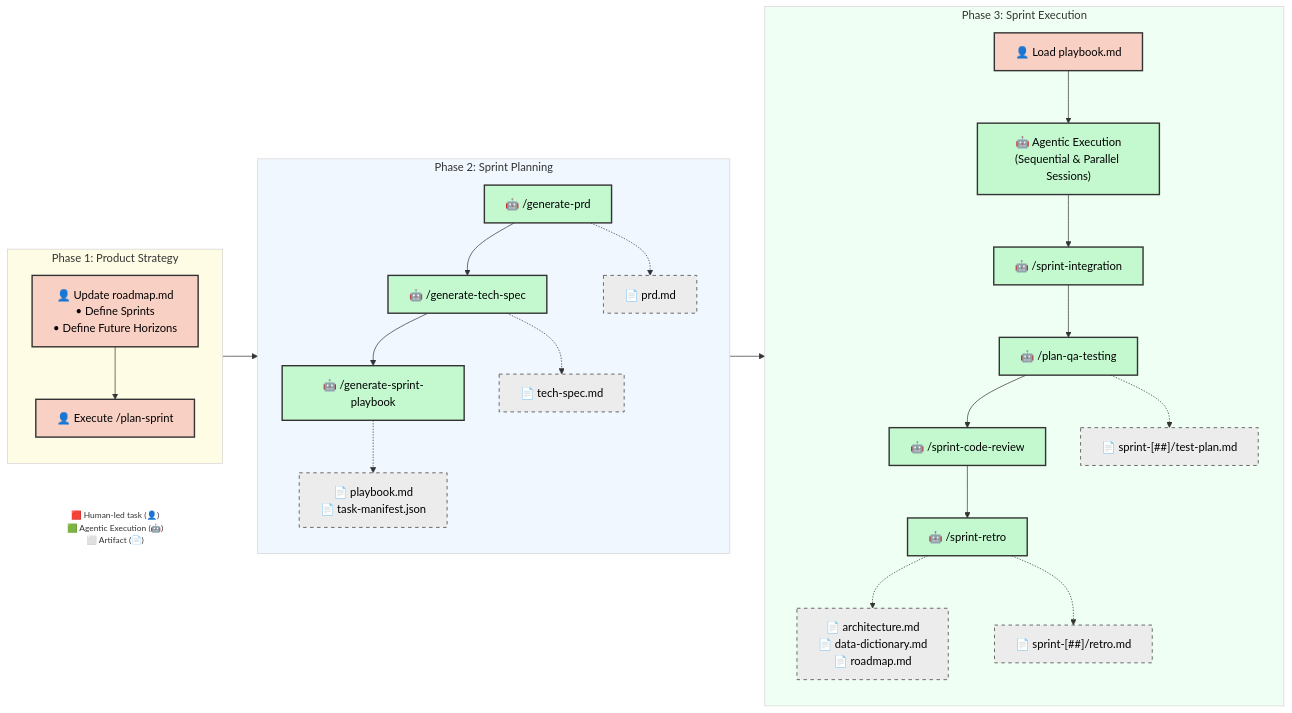
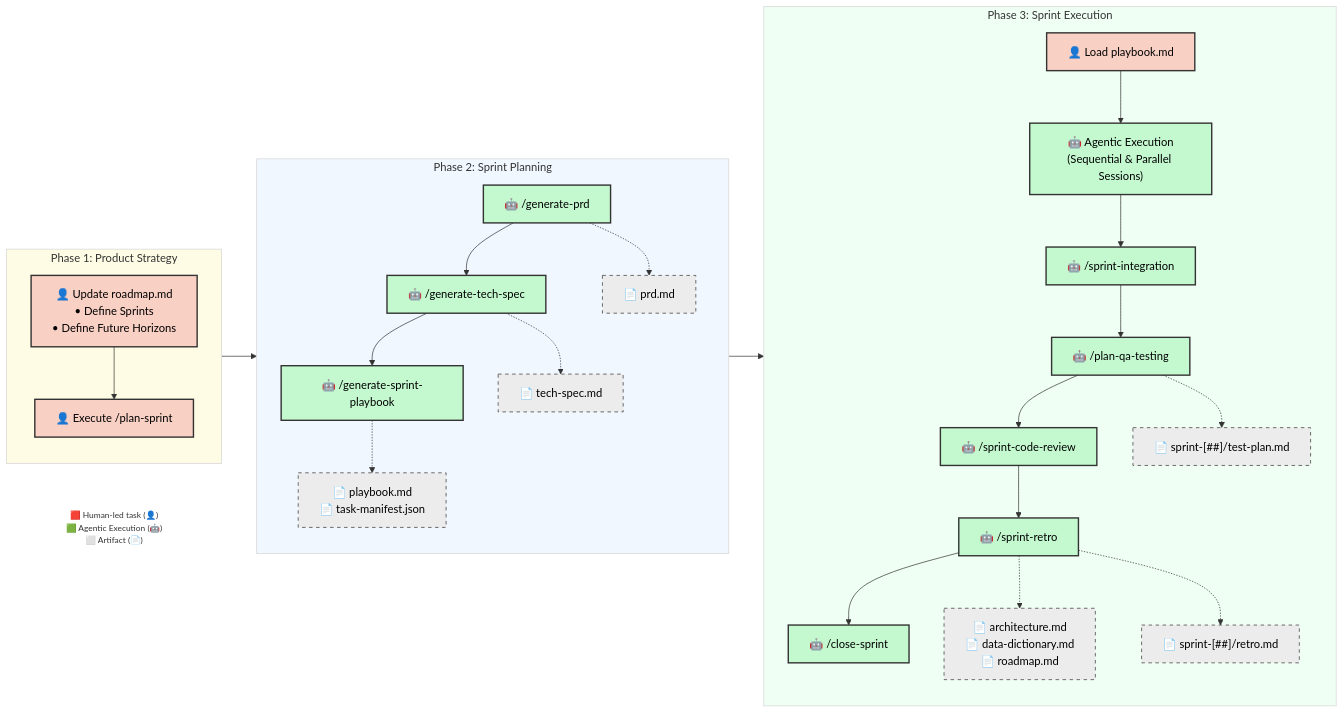
Before and after one commit to dsj1984/agent-protocols: the diagram in .agents/SDLC.md, drawn with Mermaid. The commit also changed other lines of this file and 6 other files, not shown here.

Commit message:
feat(sprint): add close-sprint workflow for main merge and branch cleanup

````diff
--- a/.agents/SDLC.md
+++ b/.agents/SDLC.md
@@ -22,61 +22,63 @@
 ```mermaid
     graph LR
     classDef manual fill:#f9d0c4,stroke:#333,stroke-width:2px,color:#000;
     classDef agentic fill:#c4f9d0,stroke:#333,stroke-width:2px,color:#000;
     classDef artifact fill:#ececec,stroke:#333,stroke-width:1px,stroke-dasharray: 5 5,color:#000;
     classDef LegendNode fill:transparent,stroke:transparent,font-size:12px;
 
     %% Legend
     Legend["🟥 Human-led task (👤)<br/>🟩 Agentic Execution (🤖)<br/>⬜ Artifact (📄)"]:::LegendNode
 
     %% Phase 1: Product Strategy
     subgraph Phase1 ["Phase 1: Product Strategy"]
         direction TB
         B["👤 Update roadmap.md<br/>• Define Sprints<br/>• Define Future Horizons"]:::manual
         D["👤 Execute /plan-sprint"]:::manual
         B --> D
     end
 
     %% Phase 2: Automated Planning
     subgraph Phase2 ["Phase 2: Sprint Planning"]
         direction TB
         F["🤖 /generate-prd"]:::agentic
         G["🤖 /generate-tech-spec"]:::agentic
         H["🤖 /generate-sprint-playbook"]:::agentic
 
         F --> G
         G --> H
 
         F -.-> F_Art["📄 prd.md"]:::artifact
         G -.-> G_Art["📄 tech-spec.md"]:::artifact
         H -.-> H_Art["📄 playbook.md<br/>📄 task-manifest.json"]:::artifact
     end
 
     %% Phase 3: Execution & Closure
     subgraph Phase3 ["Phase 3: Sprint Execution"]
         direction TB
         I["👤 Load playbook.md"]:::manual
         J["🤖 Agentic Execution<br/>(Sequential & Parallel Sessions)"]:::agentic
         K["🤖 /sprint-integration"]:::agentic
         L["🤖 /plan-qa-testing"]:::agentic
         O["🤖 /sprint-code-review"]:::agentic
         P["🤖 /sprint-retro"]:::agentic
+        Q2["🤖 /close-sprint"]:::agentic
 
         I --> J
         J --> K
         K --> L
         L --> O
         O --> P
+        P --> Q2
 
         L -.-> L_Art["📄 sprint-[##]/test-plan.md"]:::artifact
         P -.-> Q["📄 architecture.md<br/>📄 data-dictionary.md<br/>📄 roadmap.md"]:::artifact
         P -.-> R["📄 sprint-[##]/retro.md"]:::artifact
     end
 
     style Phase1 fill:#fffce5,stroke:#d4d4d4,padding:0px
     style Phase2 fill:#f0f7ff,stroke:#d4d4d4,padding:0px
     style Phase3 fill:#f0fff4,stroke:#d4d4d4,padding:0px
 
     D --> F
     H_Art --> I
 ```
````
